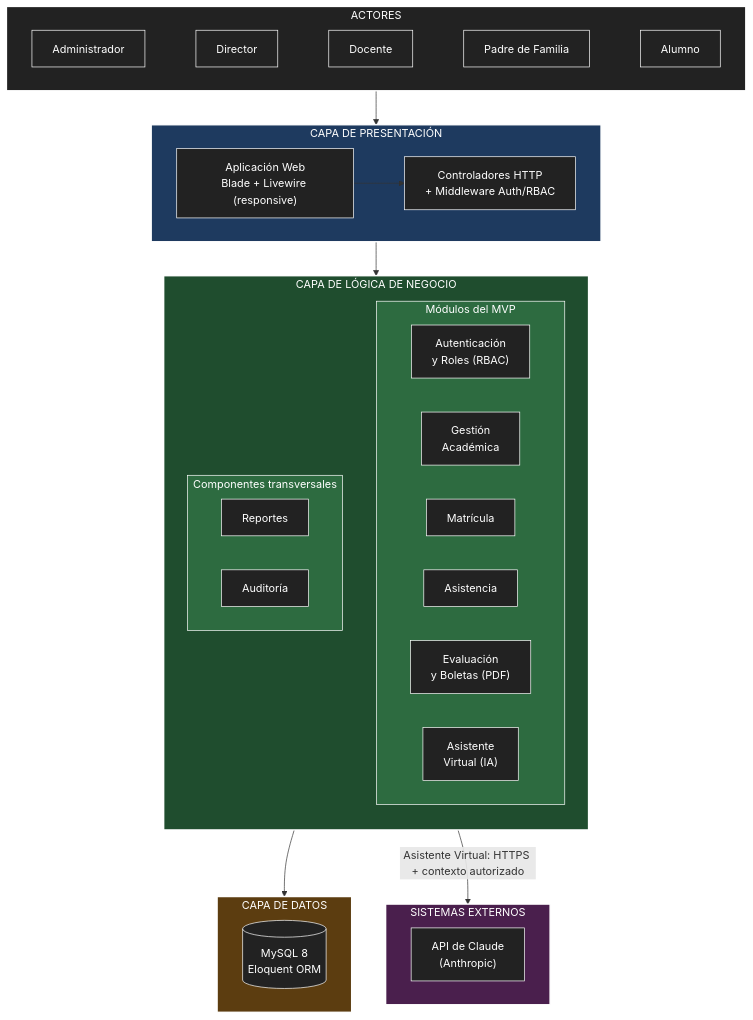
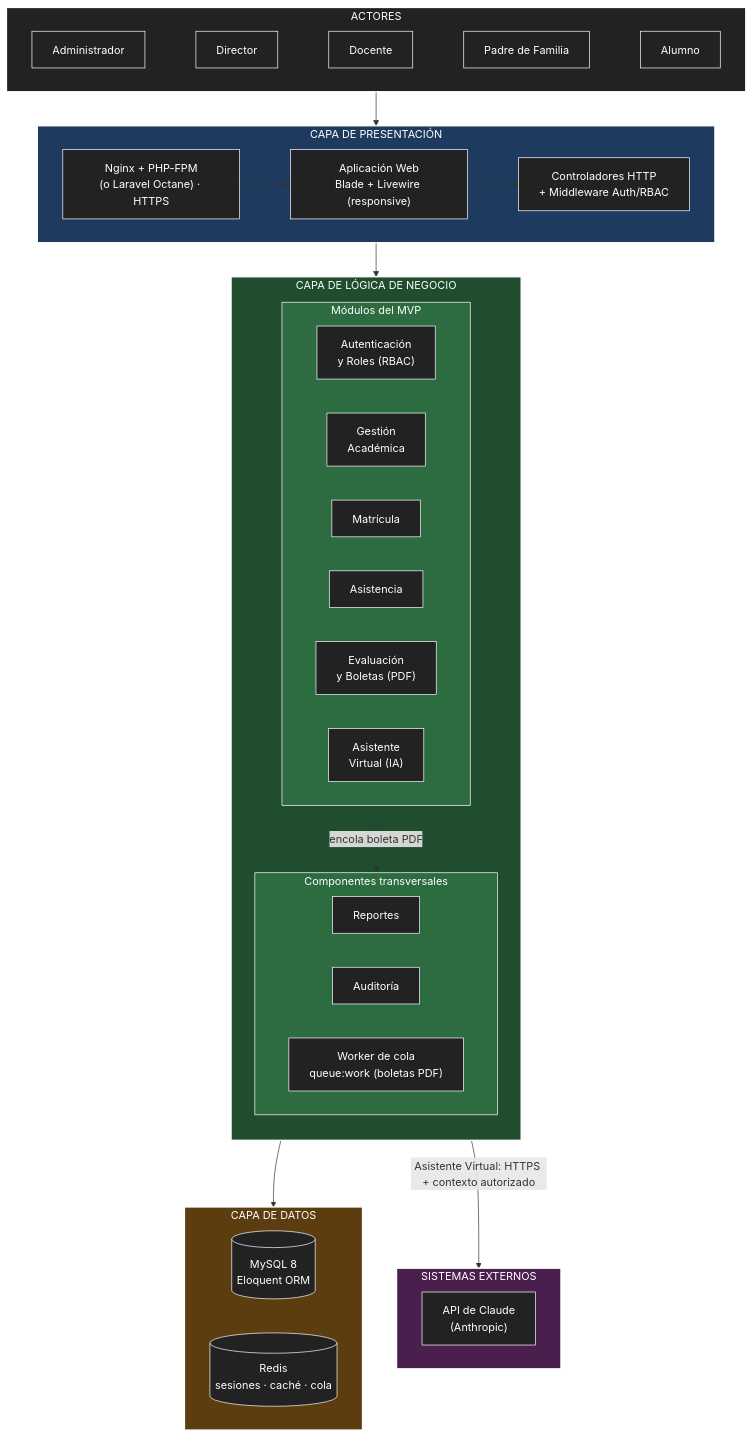
One commit to JorgeBerroccal/SGE-arquitSoft-02-JorgeBerrocal changed the diagram in arquitectura/arquitectura-inicial.md. Above: the diagram before and after it, drawn with Mermaid. The commit also changed other lines of this file, not shown here.

````diff
--- a/arquitectura/arquitectura-inicial.md
+++ b/arquitectura/arquitectura-inicial.md
@@ -121,6 +154,7 @@
     %% =========================
     subgraph PRESENTACION["CAPA DE PRESENTACIÓN"]
         direction LR
+        Nginx["Nginx + PHP-FPM<br/>(o Laravel Octane) · HTTPS"]
         Web["Aplicación Web<br/>Blade + Livewire (responsive)"]
         Ctrl["Controladores HTTP<br/>+ Middleware Auth/RBAC"]
     end
@@ -143,6 +177,7 @@
             direction LR
             Reportes["Reportes"]
             Auditoria["Auditoría"]
+            Worker["Worker de cola<br/>queue:work (boletas PDF)"]
         end
     end
 
@@ -150,7 +185,9 @@
     %% DATOS
     %% =========================
     subgraph DATOS["CAPA DE DATOS"]
+        direction LR
         BD[("MySQL 8<br/>Eloquent ORM")]
+        Redis[("Redis<br/>sesiones · caché · cola")]
     end
 
     %% =========================
@@ -171,7 +208,11 @@
     NEGOCIO -->|"Asistente Virtual: HTTPS + contexto autorizado"| EXTERNOS
 
     %% Flujo interno de la presentación
+    Nginx --> Web
     Web --> Ctrl
+
+    %% Boletas PDF en segundo plano (cola de trabajos en Redis)
+    Evaluacion -.->|"encola boleta PDF"| Worker
 
     %% =========================
     %% DISTRIBUCIÓN HORIZONTAL
@@ -193,5 +234,5 @@
     style TRANS fill:#2d6b40,stroke:#fff,color:#fff
 
     classDef nodo fill:#222,stroke:#fff,color:#fff
-    class Admin,Director,Docente,Padre,Alumno,Web,Ctrl,Auth,Academica,Matricula,Asistencia,Evaluacion,IA,Reportes,Auditoria,BD,Claude nodo
+    class Admin,Director,Docente,Padre,Alumno,Nginx,Web,Ctrl,Auth,Academica,Matricula,Asistencia,Evaluacion,IA,Reportes,Auditoria,Worker,BD,Redis,Claude nodo
 ```
````
